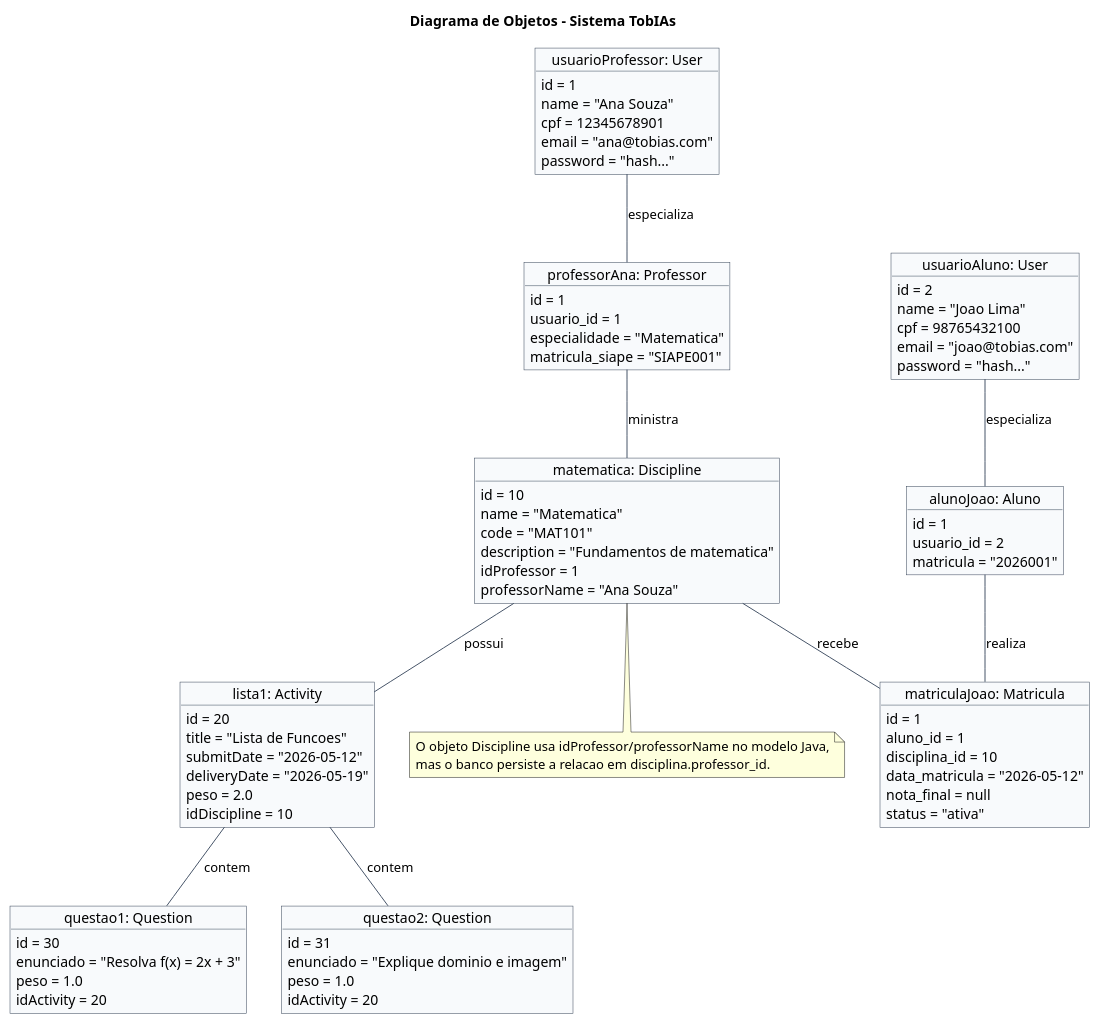
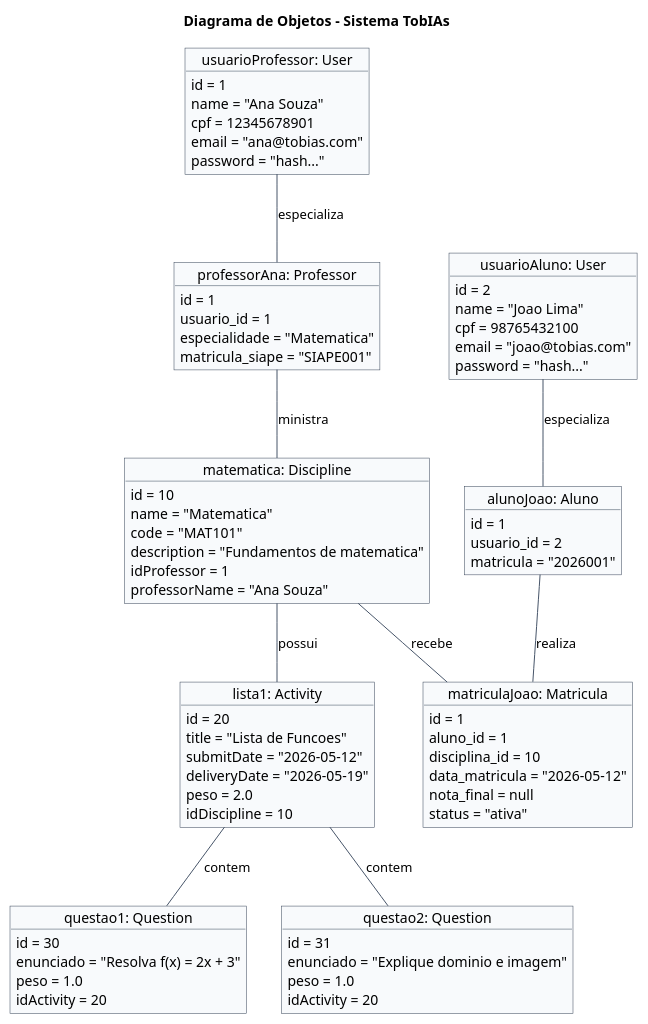
The diagram in docs/diagramas/objectDiagram.puml (reinaldo-a/tobIAs), drawn with PlantUML before and after one commit. The commit also changed 7 other files, not shown here.

```diff
--- a/docs/diagramas/objectDiagram.puml
+++ b/docs/diagramas/objectDiagram.puml
@@ -1,94 +1,90 @@
 @startuml
 title Diagrama de Objetos - Sistema TobIAs
 
 skinparam object {
   BackgroundColor #F8FAFC
   BorderColor #334155
   ArrowColor #475569
 }
 
 object "usuarioProfessor: User" as usuarioProfessor {
   id = 1
   name = "Ana Souza"
   cpf = 12345678901
   email = "ana@tobias.com"
   password = "hash..."
 }
 
 object "professorAna: Professor" as professorAna {
   id = 1
   usuario_id = 1
   especialidade = "Matematica"
   matricula_siape = "SIAPE001"
 }
 
 object "usuarioAluno: User" as usuarioAluno {
   id = 2
   name = "Joao Lima"
   cpf = 98765432100
   email = "joao@tobias.com"
   password = "hash..."
 }
 
 object "alunoJoao: Aluno" as alunoJoao {
   id = 1
   usuario_id = 2
   matricula = "2026001"
 }
 
 object "matematica: Discipline" as matematica {
   id = 10
   name = "Matematica"
   code = "MAT101"
   description = "Fundamentos de matematica"
   idProfessor = 1
   professorName = "Ana Souza"
 }
 
 object "matriculaJoao: Matricula" as matriculaJoao {
   id = 1
   aluno_id = 1
   disciplina_id = 10
   data_matricula = "2026-05-12"
   nota_final = null
   status = "ativa"
 }
 
 object "lista1: Activity" as lista1 {
   id = 20
   title = "Lista de Funcoes"
   submitDate = "2026-05-12"
   deliveryDate = "2026-05-19"
   peso = 2.0
   idDiscipline = 10
 }
 
 object "questao1: Question" as questao1 {
   id = 30
   enunciado = "Resolva f(x) = 2x + 3"
   peso = 1.0
   idActivity = 20
 }
 
 object "questao2: Question" as questao2 {
   id = 31
   enunciado = "Explique dominio e imagem"
   peso = 1.0
   idActivity = 20
 }
 
 usuarioProfessor -- professorAna : especializa
 usuarioAluno -- alunoJoao : especializa
 professorAna -- matematica : ministra
 alunoJoao -- matriculaJoao : realiza
 matematica -- matriculaJoao : recebe
 matematica -- lista1 : possui
 lista1 -- questao1 : contem
 lista1 -- questao2 : contem
 
-note bottom of matematica
-  O objeto Discipline usa idProfessor/professorName no modelo Java,
-  mas o banco persiste a relacao em disciplina.professor_id.
-end note
 
 @enduml
```
